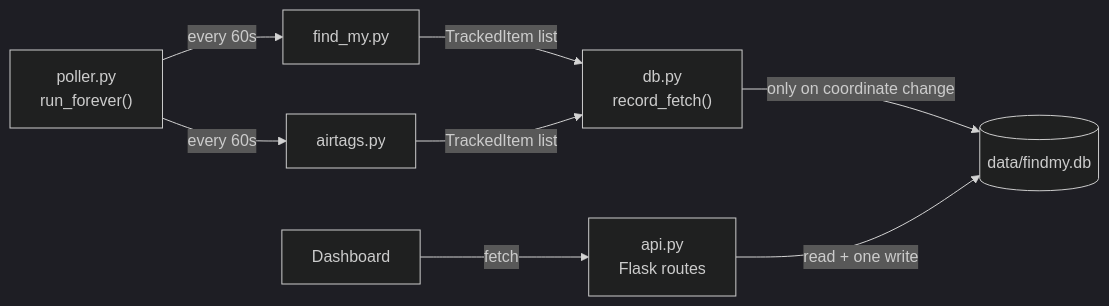
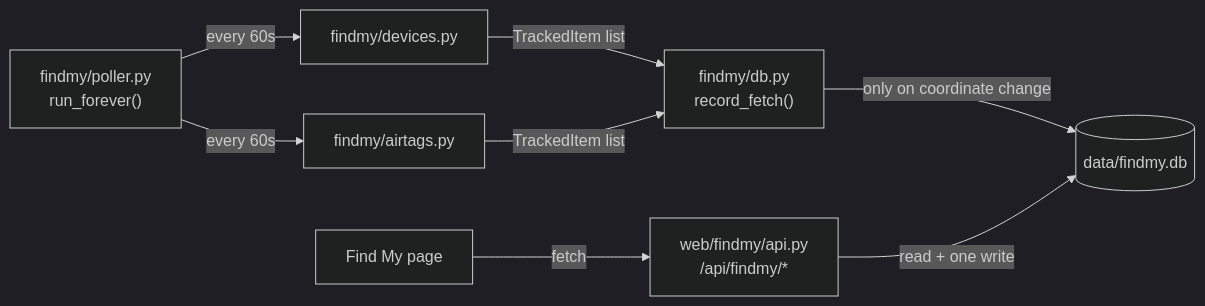
The first of 2 diagrams in README.md (momonala/find-my), drawn with Mermaid (dark theme) before and after one commit. The commit also changed other lines of this file and 62 other files, not shown here.

First line of the commit message:
feat(web)!: rename the project to my-cloud and add a page shell

````diff
--- a/README.md
+++ b/README.md
@@ -154,8 +173,8 @@
 ```mermaid
 flowchart LR
-    POLL["poller.py<br/>run_forever()"] -->|every 60s| FM2[find_my.py] & AT2[airtags.py]
-    FM2 & AT2 -->|TrackedItem list| REC["db.py<br/>record_fetch()"]
+    POLL["findmy/poller.py<br/>run_forever()"] -->|every 60s| FM2[findmy/devices.py] & AT2[findmy/airtags.py]
+    FM2 & AT2 -->|TrackedItem list| REC["findmy/db.py<br/>record_fetch()"]
     REC -->|only on coordinate change| DB[(data/findmy.db)]
-    API["api.py<br/>Flask routes"] -->|read + one write| DB
-    BROWSER[Dashboard] -->|fetch| API
+    API["web/findmy/api.py<br/>/api/findmy/*"] -->|read + one write| DB
+    BROWSER["Find My page"] -->|fetch| API
 ```
````
